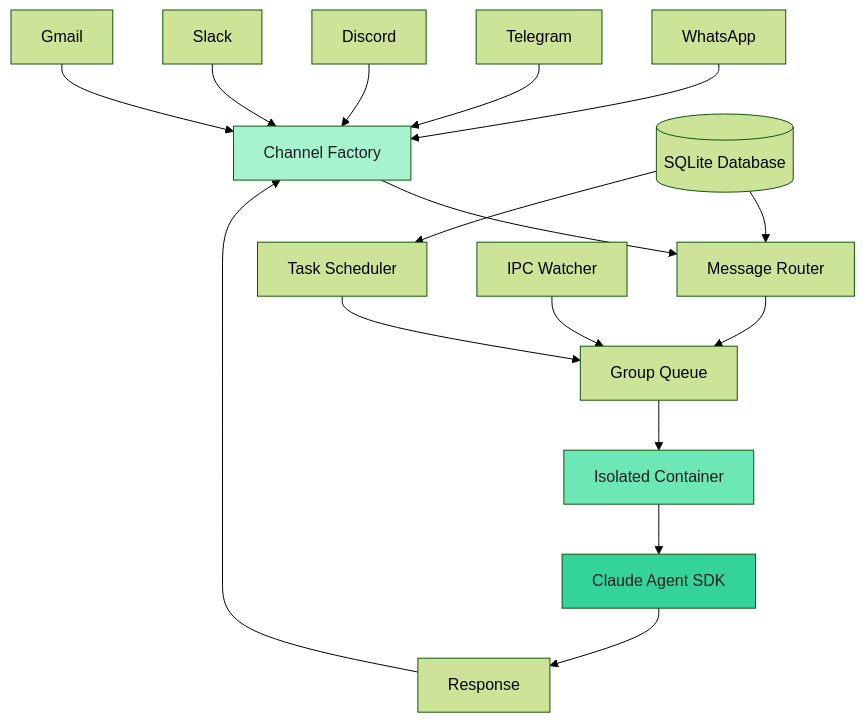
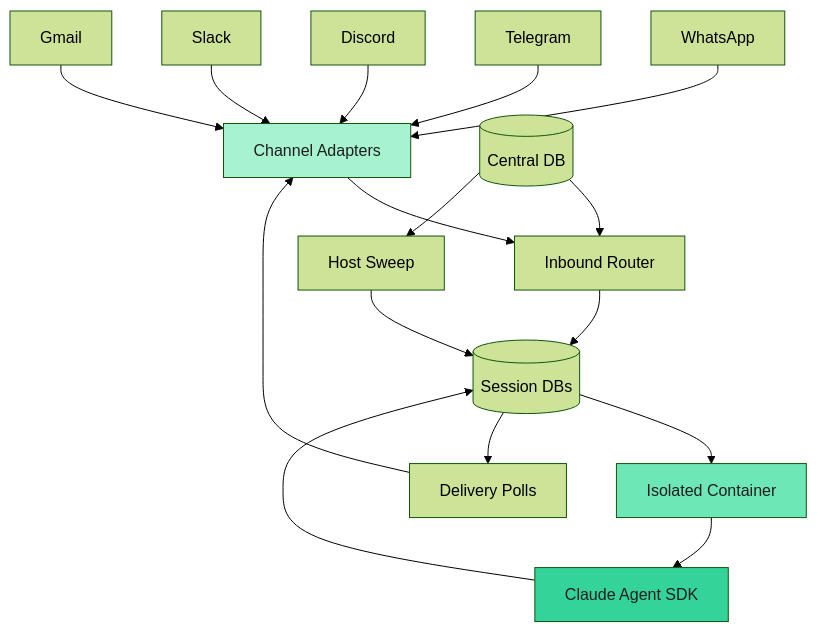
The first of 3 diagrams in concepts/architecture.mdx (glifocat/mintlify-docs), drawn with Mermaid (forest theme) before and after one commit. The commit also changed other lines of this file and 4 other files, not shown here.

First line of the commit message:
docs: update architecture, containers, IPC, and config for v2 rewrite

````diff
--- a/concepts/architecture.mdx
+++ b/concepts/architecture.mdx
@@ -14,24 +14,24 @@
 ```mermaid
 graph TB
-    WA[WhatsApp] --> CF[Channel Factory]
-    TG[Telegram] --> CF
-    DC[Discord] --> CF
-    SL[Slack] --> CF
-    GM[Gmail] --> CF
-    CF --> Router[Message Router]
-    Router --> Queue[Group Queue]
-    Queue --> Container[Isolated Container]
+    WA[WhatsApp] --> CA[Channel Adapters]
+    TG[Telegram] --> CA
+    DC[Discord] --> CA
+    SL[Slack] --> CA
+    GM[Gmail] --> CA
+    CA --> Router[Inbound Router]
+    Router --> SDB[(Session DBs)]
+    SDB --> Container[Isolated Container]
     Container --> Agent[Claude Agent SDK]
-    Agent --> Response[Response]
-    Response --> CF
+    Agent --> SDB
+    SDB --> Delivery[Delivery Polls]
+    Delivery --> CA
 
-    Scheduler[Task Scheduler] --> Queue
-    IPC[IPC Watcher] --> Queue
+    Sweep[Host Sweep] --> SDB
 
-    DB[(SQLite Database)] --> Router
-    DB --> Scheduler
+    CDB[(Central DB)] --> Router
+    CDB --> Sweep
 
     style Container fill:#6ee7b7,color:#1e1e1e
     style Agent fill:#34d399,color:#1e1e1e
-    style CF fill:#a7f3d0,color:#1e1e1e
+    style CA fill:#a7f3d0,color:#1e1e1e
 ```
````
